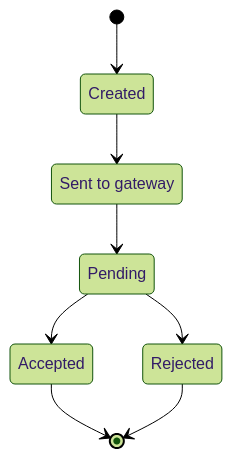
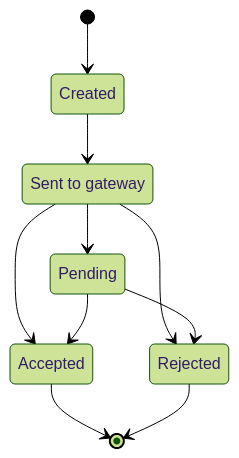
The third of 3 diagrams in content/4.examples/send-payment.md (gevamu/gevamu.github.io), drawn with Mermaid (forest theme) before and after one commit.

Commit message:
State diagram update

````diff
--- a/content/4.examples/send-payment.md
+++ b/content/4.examples/send-payment.md
@@ -75,13 +75,15 @@
 ```mermaid
 
 stateDiagram-v2
     Sent: Sent to gateway
     [*] --> Created
     Created --> Sent
     Sent --> Pending
+    Sent  --> Accepted
+    Sent  --> Rejected
     Pending --> Accepted
     Pending --> Rejected
     Accepted --> [*]
     Rejected --> [*]
 
 ```
````
